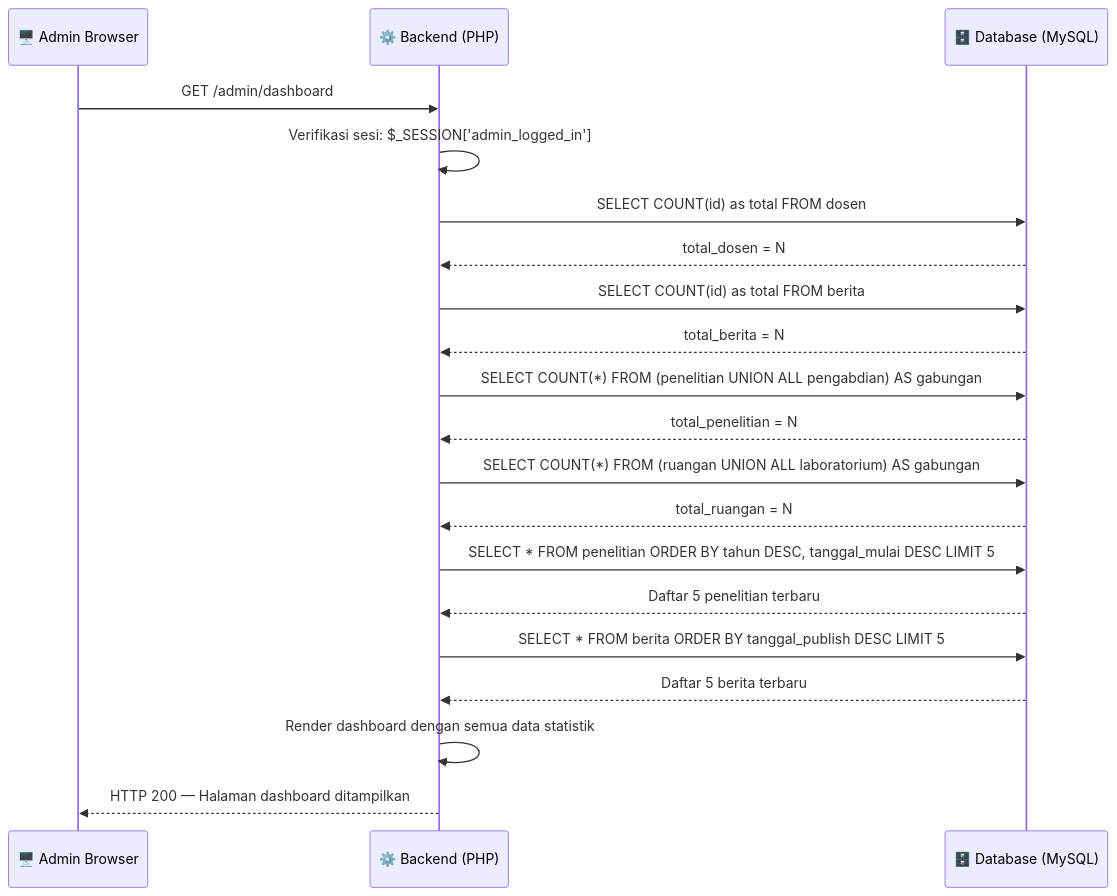
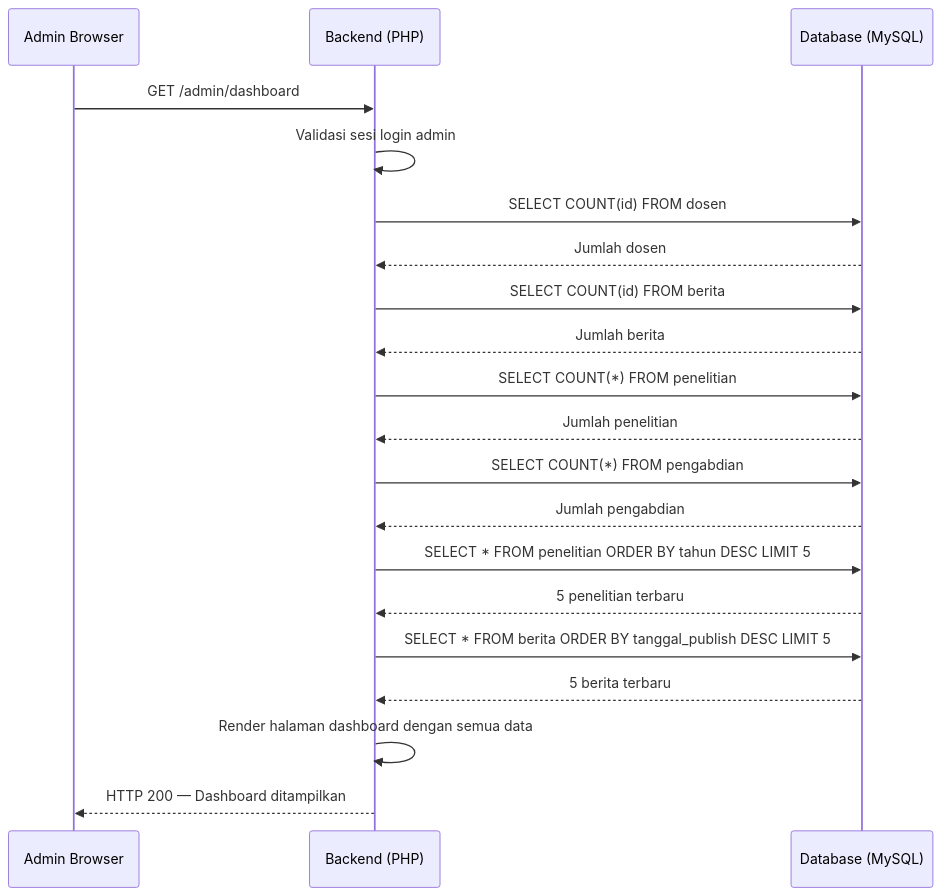
Before and after one commit to arbain-dev/Web_fikom: diagram 11 of 11 in docs/02_SEQUENCE_DIAGRAM.md, drawn with Mermaid. The commit also changed other lines of this file, not shown here.

Commit message:
docs(seq): buat ulang sequence diagram dengan penjelasan naratif sederhana di bawah setiap diagram

````diff
--- a/docs/02_SEQUENCE_DIAGRAM.md
+++ b/docs/02_SEQUENCE_DIAGRAM.md
@@ -318,23 +331,23 @@
 ```mermaid
 sequenceDiagram
-    participant FE as 🖥️ Admin Browser
-    participant BE as ⚙️ Backend (PHP)
-    participant DB as 🗄️ Database (MySQL)
+    participant FE as Admin Browser
+    participant BE as Backend (PHP)
+    participant DB as Database (MySQL)
 
     FE->>BE: GET /admin/dashboard
-    BE->>BE: Verifikasi sesi: $_SESSION['admin_logged_in']
-    BE->>DB: SELECT COUNT(id) as total FROM dosen
-    DB-->>BE: total_dosen = N
-    BE->>DB: SELECT COUNT(id) as total FROM berita
-    DB-->>BE: total_berita = N
-    BE->>DB: SELECT COUNT(*) FROM (penelitian UNION ALL pengabdian) AS gabungan
-    DB-->>BE: total_penelitian = N
-    BE->>DB: SELECT COUNT(*) FROM (ruangan UNION ALL laboratorium) AS gabungan
-    DB-->>BE: total_ruangan = N
-    BE->>DB: SELECT * FROM penelitian ORDER BY tahun DESC, tanggal_mulai DESC LIMIT 5
-    DB-->>BE: Daftar 5 penelitian terbaru
+    BE->>BE: Validasi sesi login admin
+    BE->>DB: SELECT COUNT(id) FROM dosen
+    DB-->>BE: Jumlah dosen
+    BE->>DB: SELECT COUNT(id) FROM berita
+    DB-->>BE: Jumlah berita
+    BE->>DB: SELECT COUNT(*) FROM penelitian
+    DB-->>BE: Jumlah penelitian
+    BE->>DB: SELECT COUNT(*) FROM pengabdian
+    DB-->>BE: Jumlah pengabdian
+    BE->>DB: SELECT * FROM penelitian ORDER BY tahun DESC LIMIT 5
+    DB-->>BE: 5 penelitian terbaru
     BE->>DB: SELECT * FROM berita ORDER BY tanggal_publish DESC LIMIT 5
-    DB-->>BE: Daftar 5 berita terbaru
-    BE->>BE: Render dashboard dengan semua data statistik
-    BE-->>FE: HTTP 200 — Halaman dashboard ditampilkan
+    DB-->>BE: 5 berita terbaru
+    BE->>BE: Render halaman dashboard dengan semua data
+    BE-->>FE: HTTP 200 — Dashboard ditampilkan
 ```
````
